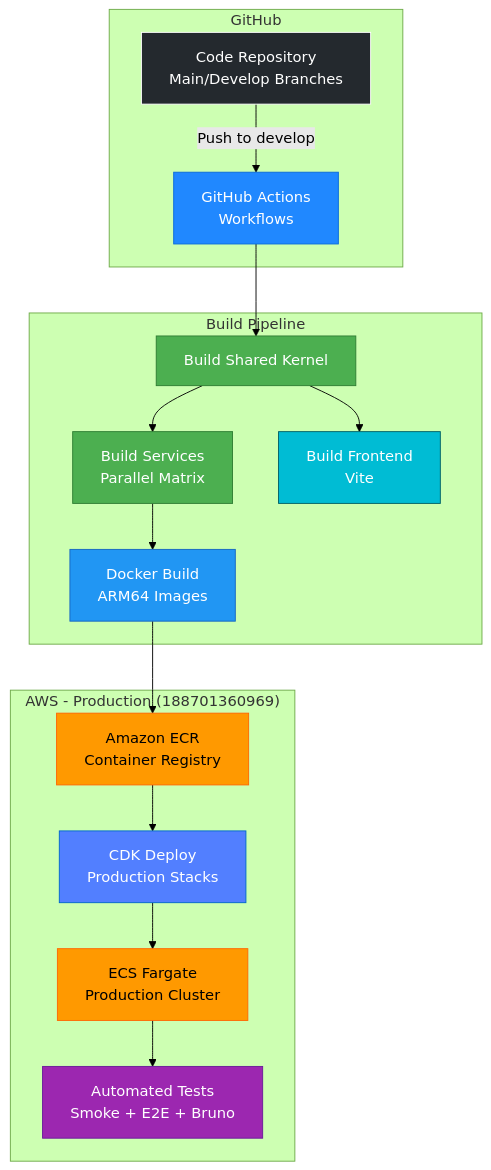
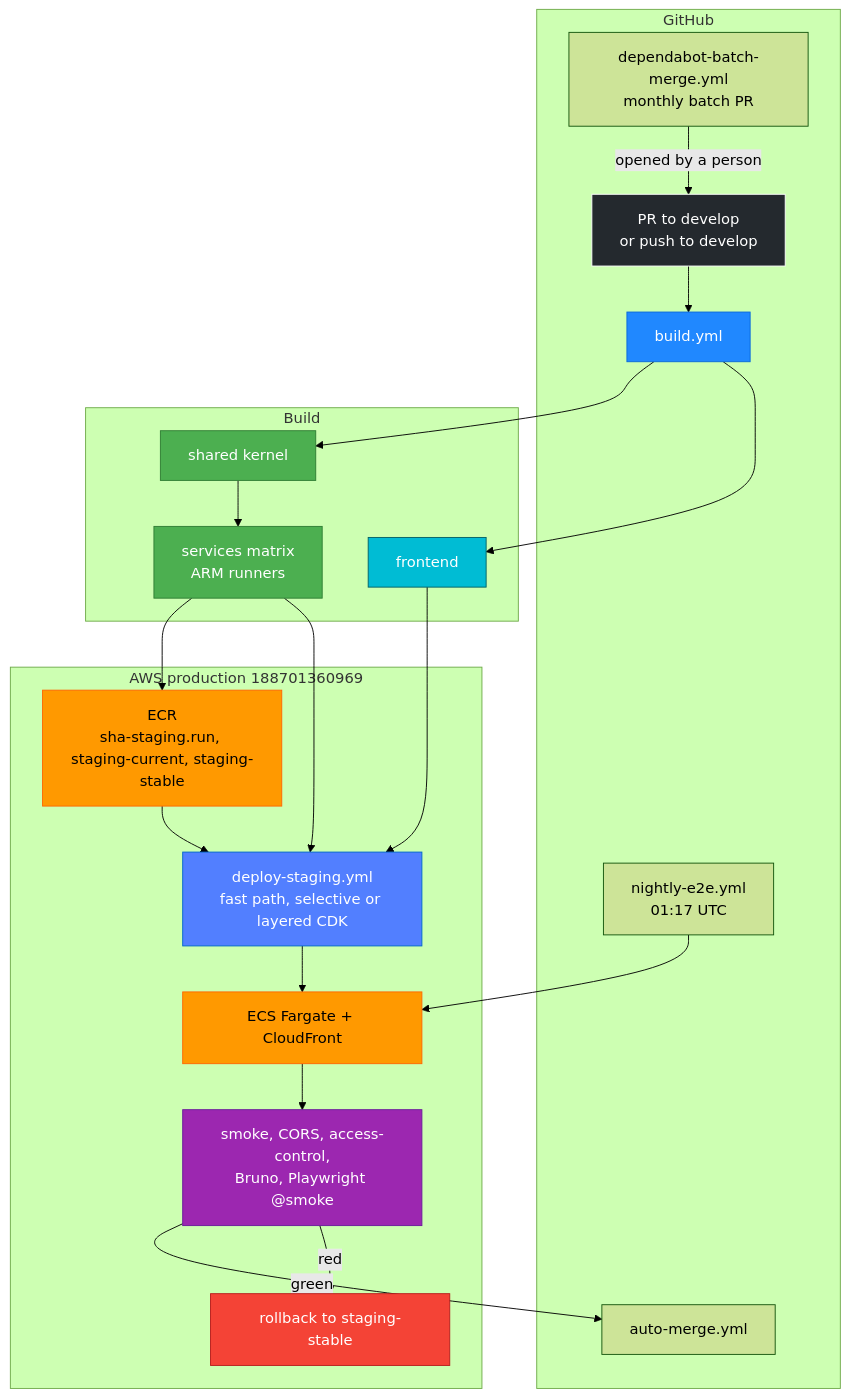
Before and after one commit to nissimbuchs/BATbern2: diagram 16 of 26 in docs/architecture/02-infrastructure-deployment.md, drawn with Mermaid (forest theme). The commit also changed other lines of this file and 164 other files, not shown here.

First line of the commit message:
docs: documentation audit before BATbern60 (user guide, screenshots, PRD, architecture diagrams) (#1224)

````diff
--- a/docs/architecture/02-infrastructure-deployment.md
+++ b/docs/architecture/02-infrastructure-deployment.md
@@ -1019,43 +880,46 @@
 ```mermaid
 graph TB
-    subgraph "GitHub"
-        GH_CODE[Code Repository<br/>Main/Develop Branches]
-        GH_ACTIONS[GitHub Actions<br/>Workflows]
+    subgraph GITHUB["GitHub"]
+        PR["PR to develop<br/>or push to develop"]
+        BUILD["build.yml"]
+        AM["auto-merge.yml"]
+        DB_["dependabot-batch-merge.yml<br/>monthly batch PR"]
+        NIGHT["nightly-e2e.yml<br/>01:17 UTC"]
     end
 
-    subgraph "Build Pipeline"
-        BUILD_SK[Build Shared Kernel]
-        BUILD_SVC[Build Services<br/>Parallel Matrix]
-        BUILD_FE[Build Frontend<br/>Vite]
-        BUILD_DOCKER[Docker Build<br/>ARM64 Images]
+    subgraph BUILDP["Build"]
+        BUILD_SK["shared kernel"]
+        BUILD_SVC["services matrix<br/>ARM runners"]
+        BUILD_FE["frontend"]
     end
 
-    subgraph "AWS - Production (188701360969)"
-        ECR[Amazon ECR<br/>Container Registry]
-        CDK[CDK Deploy<br/>Production Stacks]
-        ECS[ECS Fargate<br/>Production Cluster]
-        TESTS[Automated Tests<br/>Smoke + E2E + Bruno]
+    subgraph AWSP["AWS production 188701360969"]
+        ECR["ECR<br/>sha-staging.run, staging-current, staging-stable"]
+        DEPLOY["deploy-staging.yml<br/>fast path, selective or layered CDK"]
+        ECS["ECS Fargate + CloudFront"]
+        GATES["smoke, CORS, access-control,<br/>Bruno, Playwright @smoke"]
+        RB["rollback to staging-stable"]
     end
 
-    GH_CODE -->|Push to develop| GH_ACTIONS
-    GH_ACTIONS --> BUILD_SK
-    BUILD_SK --> BUILD_SVC
-    BUILD_SK --> BUILD_FE
-    BUILD_SVC --> BUILD_DOCKER
-    BUILD_DOCKER --> ECR
+    PR --> BUILD
+    DB_ -->|"opened by a person"| PR
+    BUILD --> BUILD_SK --> BUILD_SVC
+    BUILD --> BUILD_FE
+    BUILD_SVC --> ECR
+    BUILD_SVC & BUILD_FE --> DEPLOY
+    ECR --> DEPLOY --> ECS --> GATES
+    GATES -->|green| AM
+    GATES -->|red| RB
+    NIGHT --> ECS
 
-    ECR --> CDK
-    CDK --> ECS
-    ECS --> TESTS
-
-    style GH_CODE fill:#24292E,stroke:#fff,color:#fff
-    style GH_ACTIONS fill:#2088FF,stroke:#0969DA,color:#fff
+    style PR fill:#24292E,stroke:#fff,color:#fff
+    style BUILD fill:#2088FF,stroke:#0969DA,color:#fff
     style BUILD_SK fill:#4CAF50,stroke:#2E7D32,color:#fff
     style BUILD_SVC fill:#4CAF50,stroke:#2E7D32,color:#fff
     style BUILD_FE fill:#00BCD4,stroke:#006064,color:#fff
-    style BUILD_DOCKER fill:#2196F3,stroke:#1565C0,color:#fff
     style ECR fill:#FF9900,stroke:#FF6600,color:#000
-    style CDK fill:#527FFF,stroke:#0066CC,color:#fff
+    style DEPLOY fill:#527FFF,stroke:#0066CC,color:#fff
     style ECS fill:#FF9900,stroke:#FF6600,color:#000
-    style TESTS fill:#9C27B0,stroke:#6A1B9A,color:#fff
+    style GATES fill:#9C27B0,stroke:#6A1B9A,color:#fff
+    style RB fill:#F44336,stroke:#B71C1C,color:#fff
 ```
````
